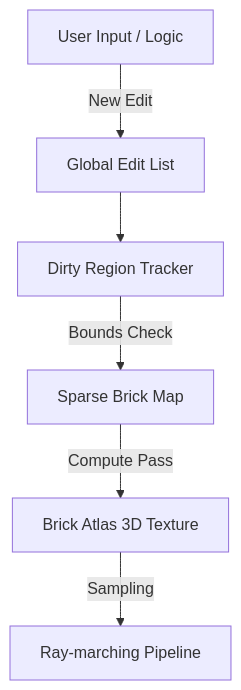
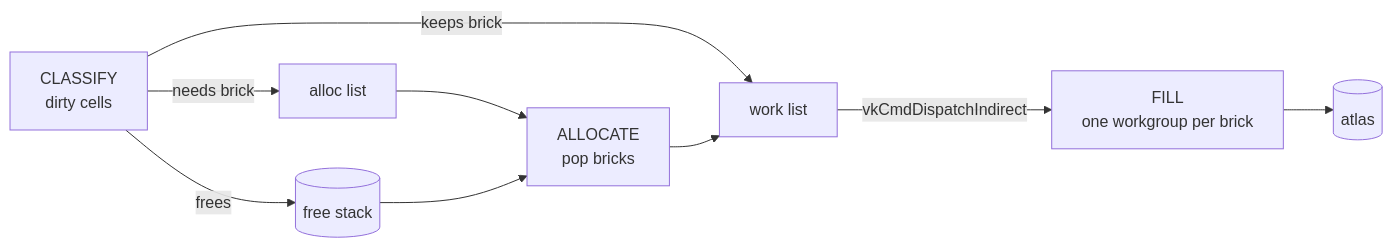
Before and after one commit to inkbytefo/SDFRENDEREXAMPLE: the diagram in docs/architecture.md, drawn with Mermaid. The commit also changed other lines of this file and 36 other files, not shown here.

````diff
--- a/docs/architecture.md
+++ b/docs/architecture.md
@@ -14,8 +40,10 @@
 ```mermaid
-graph TD
-    A[User Input / Logic] -->|New Edit| B[Global Edit List]
-    B --> C[Dirty Region Tracker]
-    C -->|Bounds Check| D[Sparse Brick Map]
-    D -->|Compute Pass| E[Brick Atlas 3D Texture]
-    E -->|Sampling| F[Ray-marching Pipeline]
+graph LR
+    A[CLASSIFY<br/>dirty cells] -->|frees| S[(free stack)]
+    A -->|needs brick| L[alloc list]
+    A -->|keeps brick| W[work list]
+    L --> B[ALLOCATE<br/>pop bricks] --> W
+    S --> B
+    W -->|vkCmdDispatchIndirect| C[FILL<br/>one workgroup per brick]
+    C --> T[(atlas)]
 ```
````
